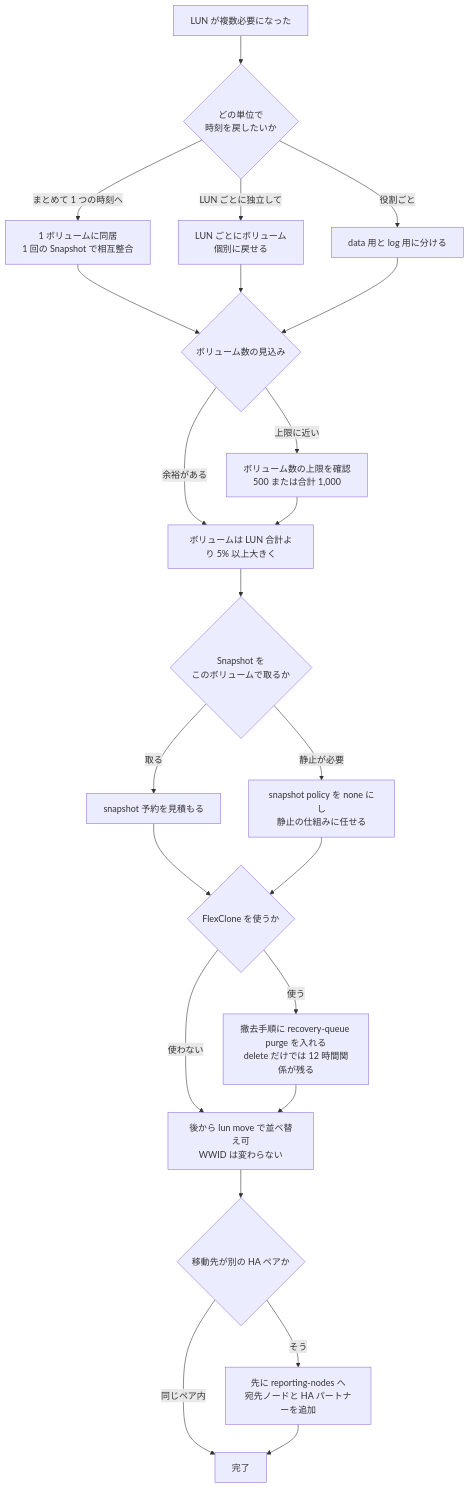
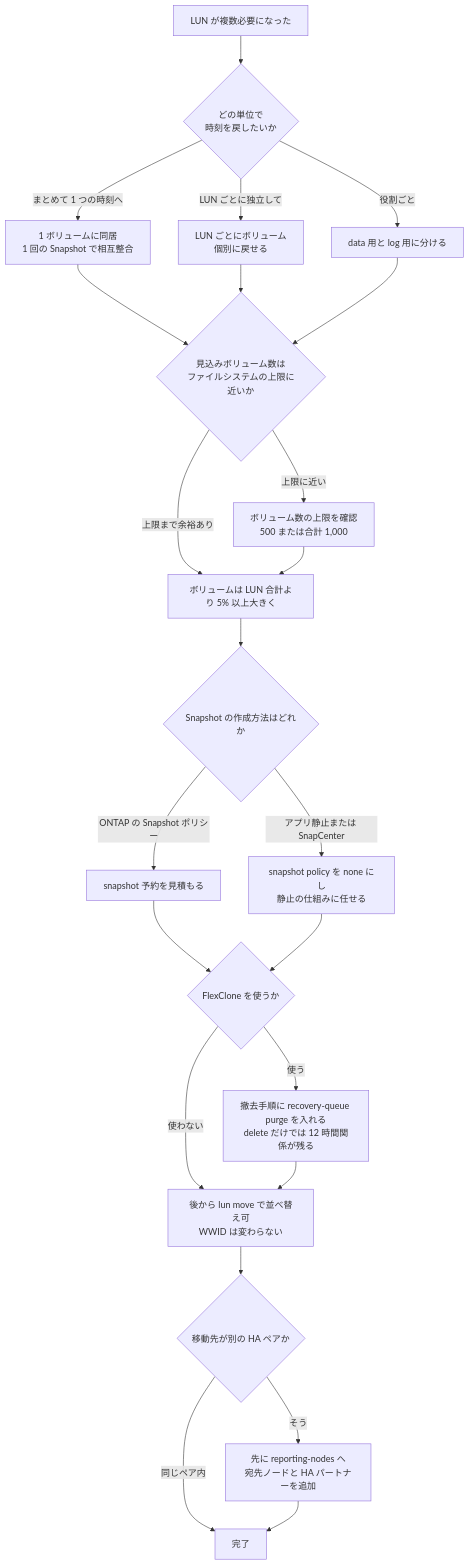
Before and after one commit to Yoshiki0705/FSx-for-ONTAP-Adoption-Playbook: the diagram in docs/ja/domains/block-storage/notes/lun-layout-decides-recovery-granularity.md, drawn with Mermaid. The commit also changed other lines of this file and 257 other files, not shown here.

````diff
--- a/docs/ja/domains/block-storage/notes/lun-layout-decides-recovery-granularity.md
+++ b/docs/ja/domains/block-storage/notes/lun-layout-decides-recovery-granularity.md
@@ -206,31 +227,31 @@
 ```mermaid
 graph TD
     S[LUN が複数必要になった] --> R{どの単位で<br/>時刻を戻したいか}
     R -->|まとめて 1 つの時刻へ| ONE["1 ボリュームに同居<br/>1 回の Snapshot で相互整合"]
     R -->|LUN ごとに独立して| MANY["LUN ごとにボリューム<br/>個別に戻せる"]
     R -->|役割ごと| ROLE["data 用と log 用に分ける"]
 
-    ONE --> V{ボリューム数の見込み}
+    ONE --> V{見込みボリューム数は<br/>ファイルシステムの上限に近いか}
     MANY --> V
     ROLE --> V
     V -->|上限に近い| VLIM["ボリューム数の上限を確認<br/>500 または合計 1,000"]
-    V -->|余裕がある| CAP
+    V -->|上限まで余裕あり| CAP
 
     VLIM --> CAP
     CAP["ボリュームは LUN 合計より 5% 以上大きく"]
-    CAP --> SNAP{Snapshot を<br/>このボリュームで取るか}
-    SNAP -->|取る| S1["snapshot 予約を見積もる"]
-    SNAP -->|静止が必要| S2["snapshot policy を none にし<br/>静止の仕組みに任せる"]
+    CAP --> SNAP{Snapshot の作成方法はどれか}
+    SNAP -->|ONTAP の Snapshot ポリシー| S1["snapshot 予約を見積もる"]
+    SNAP -->|アプリ静止または SnapCenter| S2["snapshot policy を none にし<br/>静止の仕組みに任せる"]
 
     S1 --> CLONE
     S2 --> CLONE
     CLONE{FlexClone を使うか}
     CLONE -->|使う| C1["撤去手順に recovery-queue purge を入れる<br/>delete だけでは 12 時間関係が残る"]
     CLONE -->|使わない| MOVE
     C1 --> MOVE
     MOVE["後から lun move で並べ替え可<br/>WWID は変わらない"]
     MOVE --> HA{移動先が別の HA ペアか}
     HA -->|そう| HA1["先に reporting-nodes へ<br/>宛先ノードと HA パートナーを追加"]
     HA -->|同じペア内| DONE[完了]
     HA1 --> DONE
 ```
````
